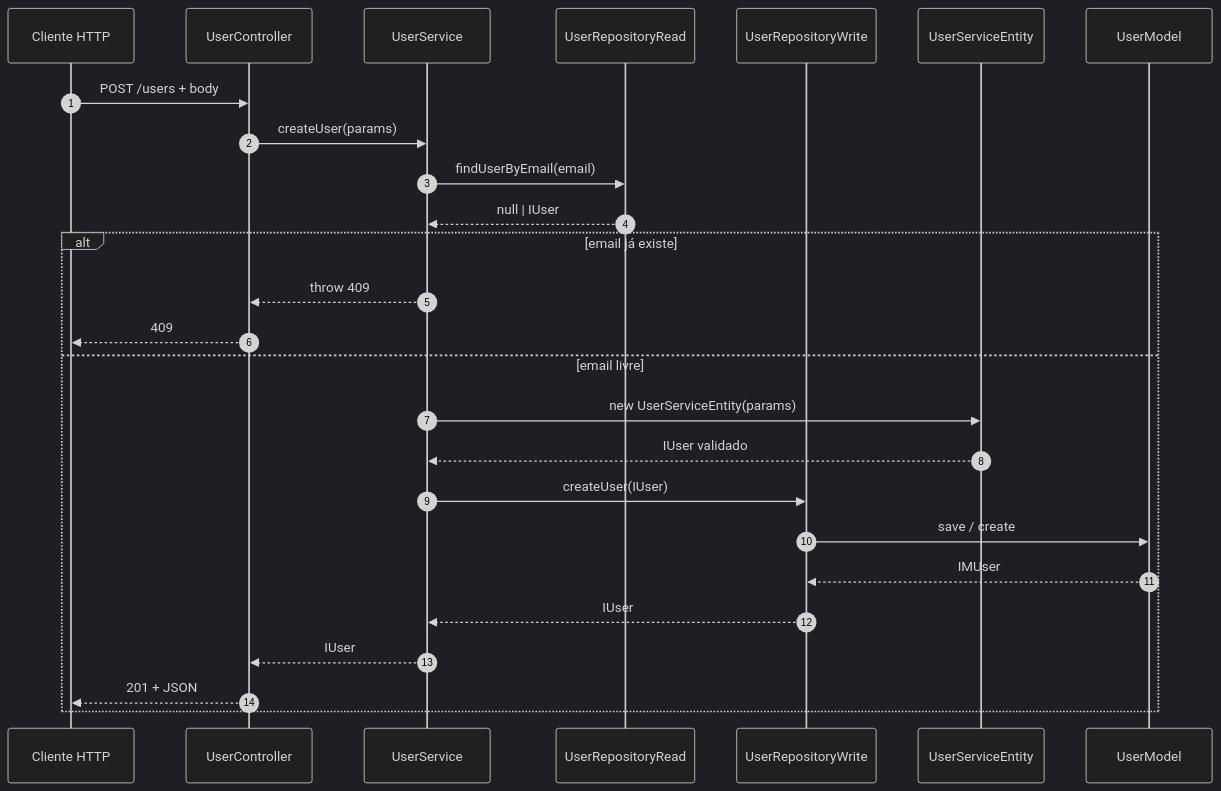
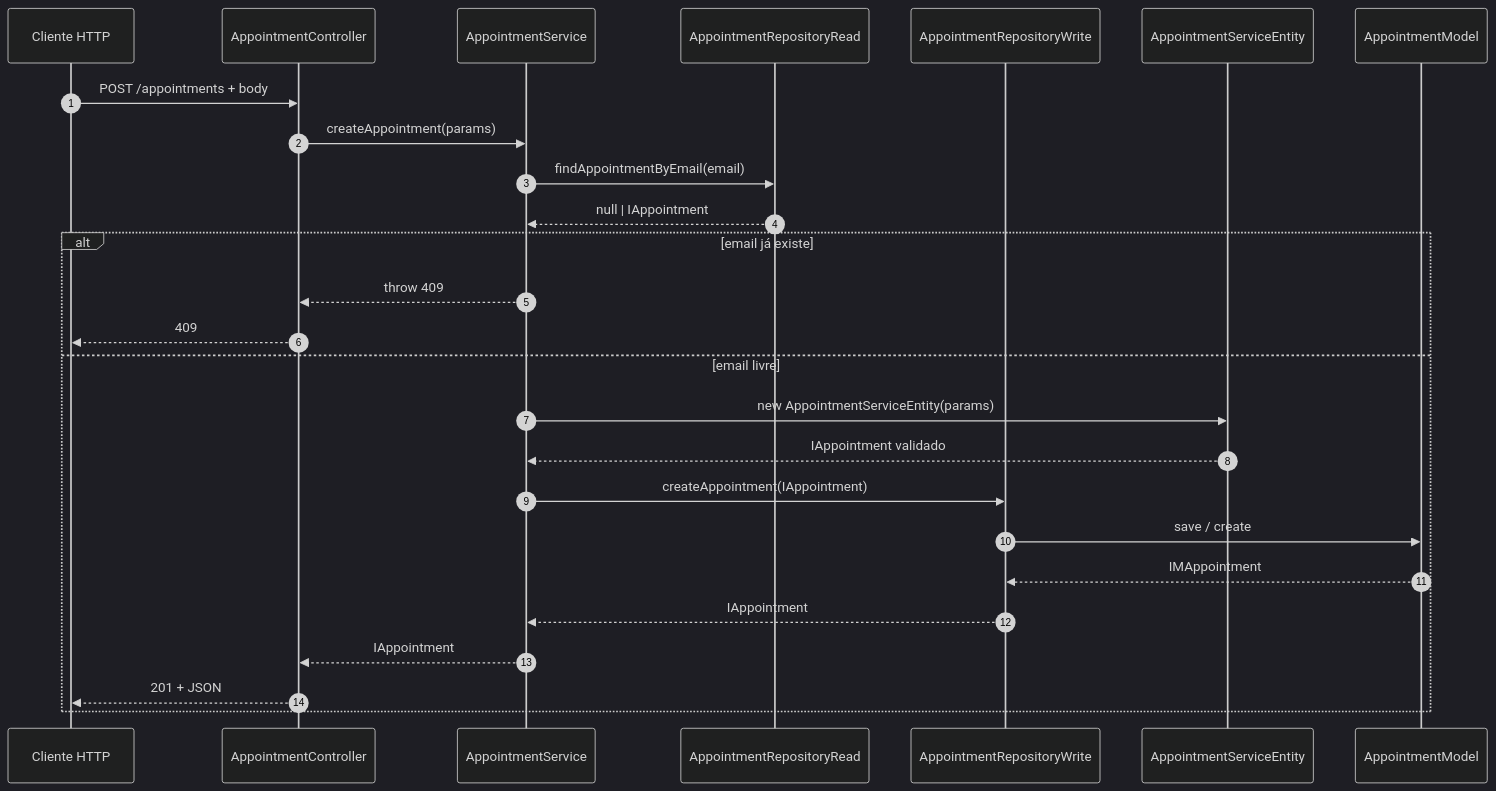
The sixth of 8 diagrams in docs/arquitetura-e-camadas.md (FilipePaixao/api-fin-control), drawn with Mermaid (dark theme) before and after one commit. The commit also changed other lines of this file and 14 other files, not shown here.

Commit message:
feat: add new agents and rules for architectural review, development, testing, and verification in Node.js/TypeScript project

````diff
--- a/docs/arquitetura-e-camadas.md
+++ b/docs/arquitetura-e-camadas.md
@@ -165,29 +165,29 @@
 ```mermaid
 sequenceDiagram
   autonumber
   participant C as Cliente HTTP
-  participant CT as UserController
-  participant S as UserService
-  participant RR as UserRepositoryRead
-  participant RW as UserRepositoryWrite
-  participant E as UserServiceEntity
-  participant M as UserModel
+  participant CT as AppointmentController
+  participant S as AppointmentService
+  participant RR as AppointmentRepositoryRead
+  participant RW as AppointmentRepositoryWrite
+  participant E as AppointmentServiceEntity
+  participant M as AppointmentModel
 
-  C->>CT: POST /users + body
-  CT->>S: createUser(params)
-  S->>RR: findUserByEmail(email)
-  RR-->>S: null | IUser
+  C->>CT: POST /appointments + body
+  CT->>S: createAppointment(params)
+  S->>RR: findAppointmentByEmail(email)
+  RR-->>S: null | IAppointment
   alt email já existe
     S-->>CT: throw 409
     CT-->>C: 409
   else email livre
-    S->>E: new UserServiceEntity(params)
-    E-->>S: IUser validado
-    S->>RW: createUser(IUser)
+    S->>E: new AppointmentServiceEntity(params)
+    E-->>S: IAppointment validado
+    S->>RW: createAppointment(IAppointment)
     RW->>M: save / create
-    M-->>RW: IMUser
-    RW-->>S: IUser
-    S-->>CT: IUser
+    M-->>RW: IMAppointment
+    RW-->>S: IAppointment
+    S-->>CT: IAppointment
     CT-->>C: 201 + JSON
   end
 ```
````
